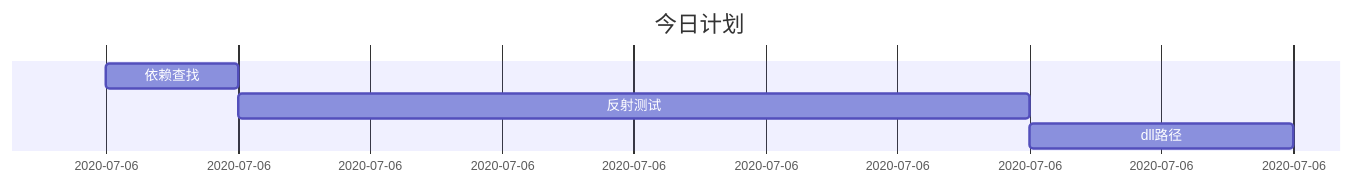
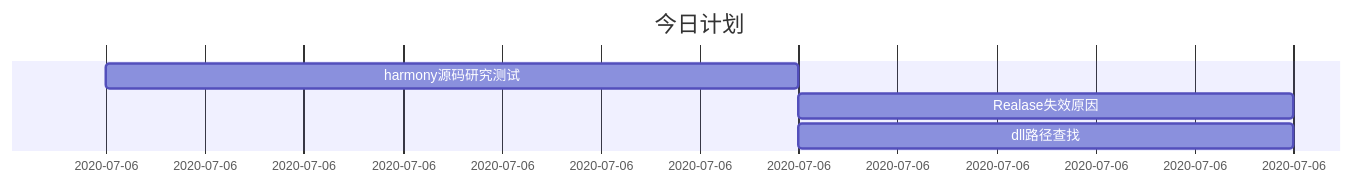
One commit to luotianqi777/Notebook changed the second of 2 diagrams in Plan.md. Above: the diagram before and after it, drawn with Mermaid. The commit also changed other lines of this file, not shown here.

Commit message:
更新今日计划

````diff
--- a/Plan.md
+++ b/Plan.md
@@ -20,8 +20,8 @@
 ```mermaid
 gantt
 dateFormat  HH:mm
 title 今日计划
-依赖查找: 09:00, 10:00
-反射测试: 10:00, 16:00
-dll路径: 16:00, 18:00
+harmony源码研究测试: 09:00,16:00
+Realase失效原因: 16:00,21:00
+dll路径查找: 16:00,21:00
 ```
````
